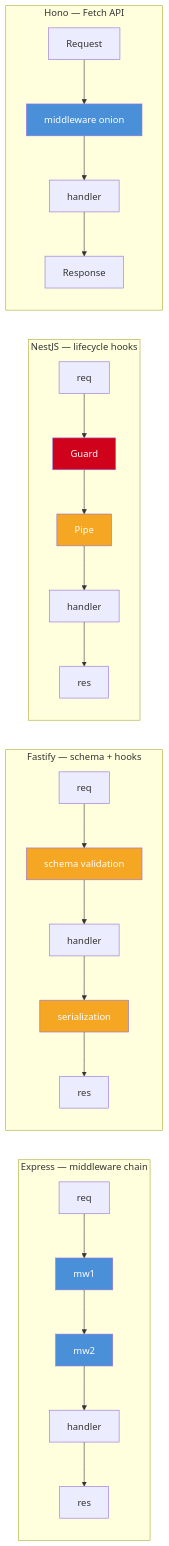
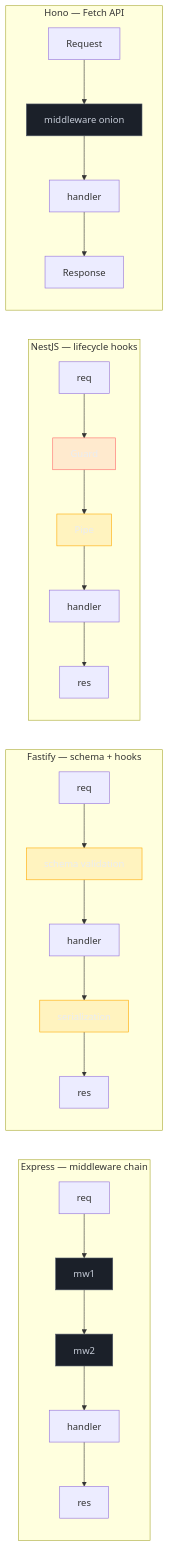
One commit to josenaldo/codex-technomanticus changed the diagram in 03-Dominios/Tecnologia/Node/Frameworks e arquitetura/01 - Os 4 frameworks - Express, NestJS, Fastify, Hono.md. Above: the diagram before and after it, drawn with Mermaid. The commit also changed 1181 other files, not shown here.

First line of the commit message:
fix(diagramas): paleta do sistema no lugar de cor cravada no markdown

````diff
--- a/03-Dominios/Tecnologia/Node/Frameworks e arquitetura/01 - Os 4 frameworks - Express, NestJS, Fastify, Hono.md
+++ b/03-Dominios/Tecnologia/Node/Frameworks e arquitetura/01 - Os 4 frameworks - Express, NestJS, Fastify, Hono.md
@@ -50,23 +50,26 @@
 ```mermaid
 graph LR
+    classDef neutro fill:#1B2029,stroke:#4E5666,color:#C6CCD8
+    classDef destaque fill:#FFAA0024,stroke:#FFAA00,color:#E9ECF2
+    classDef falha fill:#FF6B6B24,stroke:#FF6B6B,color:#E9ECF2
     subgraph EX["Express — middleware chain"]
         E1[req] --> E2[mw1] --> E3[mw2] --> E4[handler] --> E5[res]
     end
     subgraph FS["Fastify — schema + hooks"]
         F1[req] --> F2[schema validation] --> F3[handler] --> F4[serialization] --> F5[res]
     end
     subgraph NS["NestJS — lifecycle hooks"]
         N1[req] --> N2[Guard] --> N3[Pipe] --> N4[handler] --> N5[res]
     end
     subgraph HO["Hono — Fetch API"]
         H1[Request] --> H2[middleware onion] --> H3[handler] --> H4[Response]
     end
 
-    style E2 fill:#4A90D9,color:#fff
-    style E3 fill:#4A90D9,color:#fff
-    style F2 fill:#F5A623,color:#fff
-    style F4 fill:#F5A623,color:#fff
-    style N2 fill:#D0021B,color:#fff
-    style N3 fill:#F5A623,color:#fff
-    style H2 fill:#4A90D9,color:#fff
+    class E2 neutro
+    class E3 neutro
+    class F2 destaque
+    class F4 destaque
+    class N2 falha
+    class N3 destaque
+    class H2 neutro
 ```
````
